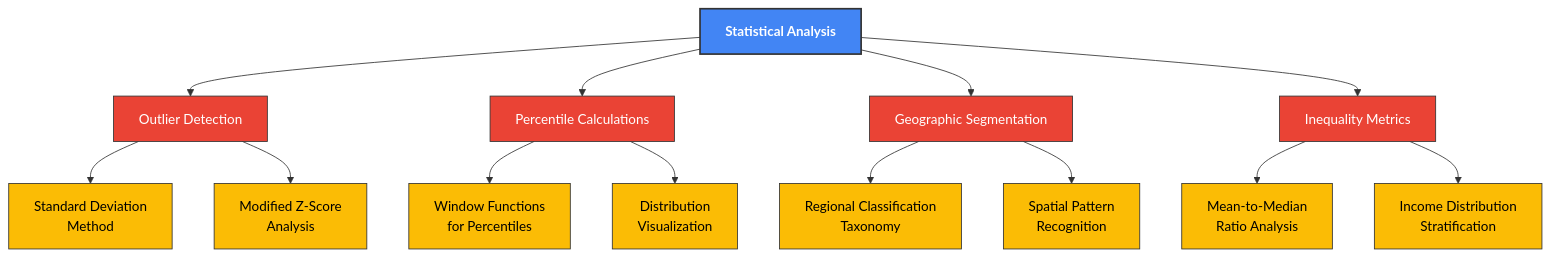
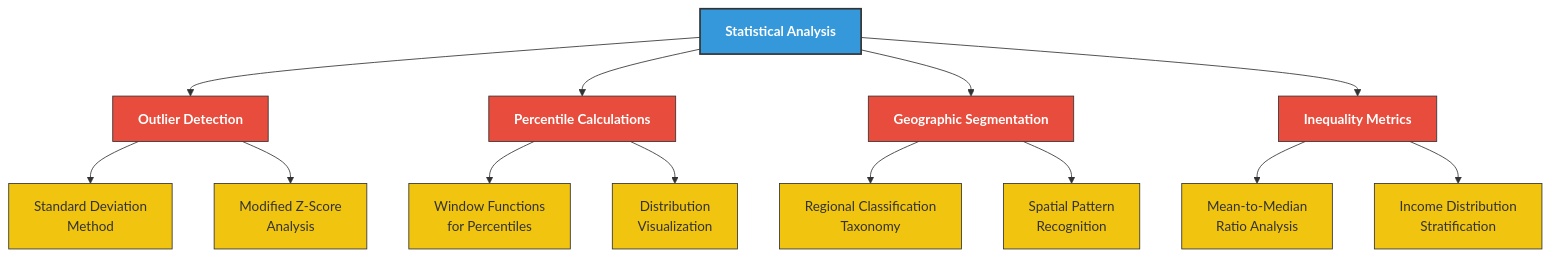
Before and after one commit to tzolkowski96/tzolkowski96: the third of 10 diagrams in us-household-income-analysis/README.md, drawn with Mermaid. The commit also changed other lines of this file, not shown here.

````diff
--- a/us-household-income-analysis/README.md
+++ b/us-household-income-analysis/README.md
@@ -174,26 +173,27 @@
 ```mermaid
-%%{init: {'theme': 'base', 'themeVariables': { 'primaryColor': '#4285F4', 'primaryTextColor': '#fff', 'primaryBorderColor': '#333', 'lineColor': '#333', 'secondaryColor': '#EA4335', 'secondaryTextColor': '#fff', 'secondaryBorderColor': '#333', 'tertiaryColor': '#FBBC05', 'tertiaryTextColor': '#000', 'tertiaryBorderColor': '#333', 'quaternaryColor': '#34A853', 'quaternaryTextColor': '#fff', 'quaternaryBorderColor': '#333', 'edgeLabelBackground': '#fff'}}}%%
-
 graph TD
-    A[Statistical Analysis]:::primary --> B[Outlier Detection]:::secondary
-    A --> C[Percentile Calculations]:::secondary
-    A --> D[Geographic Segmentation]:::secondary
-    A --> E[Inequality Metrics]:::secondary
+    A[Statistical Analysis] --> B[Outlier Detection]
+    A --> C[Percentile Calculations]
+    A --> D[Geographic Segmentation]
+    A --> E[Inequality Metrics]
     
-    B --> B1[Standard Deviation<br>Method]:::tertiary
-    B --> B2[Modified Z-Score<br>Analysis]:::tertiary
+    B --> B1[Standard Deviation<br>Method]
+    B --> B2[Modified Z-Score<br>Analysis]
     
-    C --> C1[Window Functions<br>for Percentiles]:::tertiary
-    C --> C2[Distribution<br>Visualization]:::tertiary
+    C --> C1[Window Functions<br>for Percentiles]
+    C --> C2[Distribution<br>Visualization]
     
-    D --> D1[Regional Classification<br>Taxonomy]:::tertiary
-    D --> D2[Spatial Pattern<br>Recognition]:::tertiary
+    D --> D1[Regional Classification<br>Taxonomy]
+    D --> D2[Spatial Pattern<br>Recognition]
     
-    E --> E1[Mean-to-Median<br>Ratio Analysis]:::tertiary
-    E --> E2[Income Distribution<br>Stratification]:::tertiary
+    E --> E1[Mean-to-Median<br>Ratio Analysis]
+    E --> E2[Income Distribution<br>Stratification]
     
-    classDef primary fill:#4285F4,stroke:#333,stroke-width:2px,color:#fff,font-weight:bold
-    classDef secondary fill:#EA4335,stroke:#333,stroke-width:1px,color:#fff
-    classDef tertiary fill:#FBBC05,stroke:#333,stroke-width:1px,color:#000
-    classDef quaternary fill:#34A853,stroke:#333,stroke-width:1px,color:#fff
+    classDef main fill:#3498db,stroke:#333,stroke-width:2px,color:#fff,font-weight:bold
+    classDef sub fill:#e74c3c,stroke:#333,stroke-width:1px,color:#fff,font-weight:bold
+    classDef leaf fill:#f1c40f,stroke:#333,stroke-width:1px,color:#333
+    
+    class A main
+    class B,C,D,E sub
+    class B1,B2,C1,C2,D1,D2,E1,E2 leaf
 ```
````
